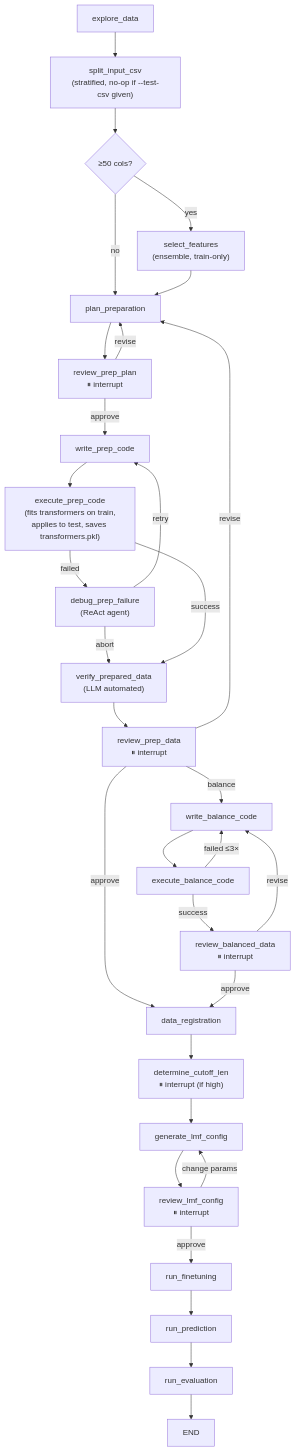
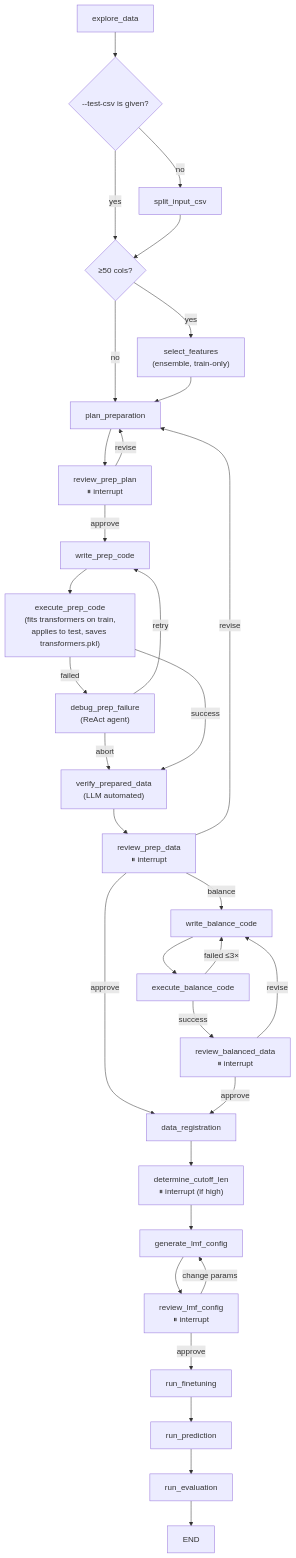
Before and after one commit to Qingtian-Zou/auto-llm-predictor: the diagram in README.md, drawn with Mermaid.

Commit message:
unify mermaid graph style

````diff
--- a/README.md
+++ b/README.md
@@ -24,33 +24,34 @@
 ```mermaid
 graph TD
-    A["explore_data"] --> SI["split_input_csv<br/>(stratified, no-op if --test-csv given)"]
-    SI --> B{"≥50 cols?"}
+    A["explore_data"] --> SI{"--test-csv is given?"}
+    SI -->|yes| B{"≥50 cols?"}
+    SI -->|no| SYI["split_input_csv"] --> B
     B -->|yes| FS["select_features<br/>(ensemble, train-only)"]
     B -->|no| C["plan_preparation"]
     FS --> C
     C --> RP["review_prep_plan<br/>⏸ interrupt"]
     RP -->|approve| D["write_prep_code"]
     RP -->|revise| C
     D --> E["execute_prep_code<br/>(fits transformers on train,<br/>applies to test, saves transformers.pkl)"]
     E -->|failed| DBG["debug_prep_failure<br/>(ReAct agent)"]
     DBG -->|retry| D
     DBG -->|abort| V
     E -->|success| V["verify_prepared_data<br/>(LLM automated)"]
     V --> R1["review_prep_data<br/>⏸ interrupt"]
     R1 -->|approve| S["data_registration"]
     R1 -->|balance| WB["write_balance_code"]
     R1 -->|revise| C
     WB --> EB["execute_balance_code"]
     EB -->|failed ≤3×| WB
     EB -->|success| RB["review_balanced_data<br/>⏸ interrupt"]
     RB -->|approve| S
     RB -->|revise| WB
     S --> CL["determine_cutoff_len<br/>⏸ interrupt (if high)"]
     CL --> F["generate_lmf_config"]
     F --> R2["review_lmf_config<br/>⏸ interrupt"]
     R2 -->|approve| G["run_finetuning"]
     R2 -->|change params| F
     G --> H["run_prediction"]
     H --> I["run_evaluation"]
     I --> DONE["END"]
 ```
````
